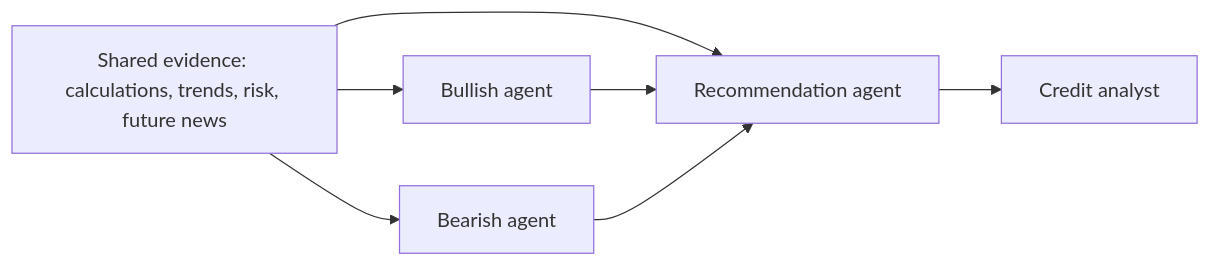
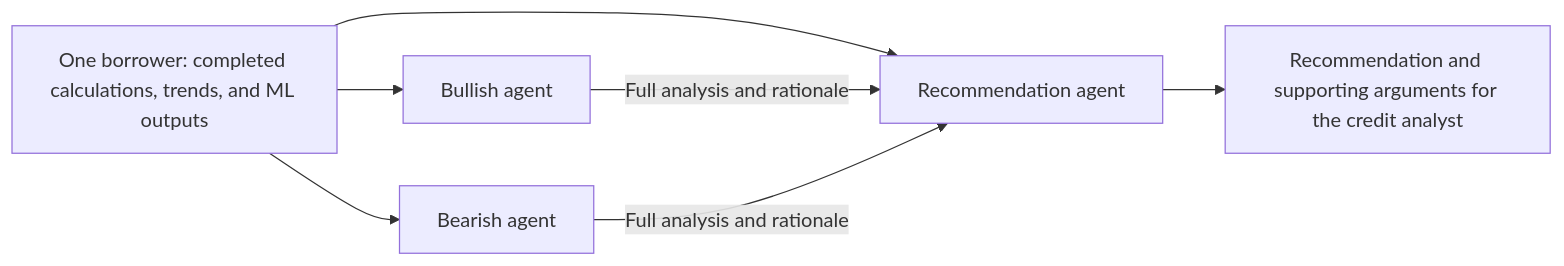
The diagram in docs/bullish_bearish_agents_implementation_plan.md (brunopiresr/capstone-ai-private-credit), drawn with Mermaid before and after one commit. The commit also changed other lines of this file and 18 other files, not shown here.

Commit message:
Add independent credit review agents and recommendation service

````diff
--- a/docs/bullish_bearish_agents_implementation_plan.md
+++ b/docs/bullish_bearish_agents_implementation_plan.md
@@ -13,10 +22,10 @@
 ```mermaid
 flowchart LR
-    E["Shared evidence: calculations, trends, risk, future news"]
+    E["One borrower: completed calculations, trends, and ML outputs"]
     E --> B["Bullish agent"]
     E --> R["Bearish agent"]
     E --> C["Recommendation agent"]
-    B --> C
-    R --> C
-    C --> A["Credit analyst"]
+    B -->|Full analysis and rationale| C
+    R -->|Full analysis and rationale| C
+    C --> A["Recommendation and supporting arguments for the credit analyst"]
 ```
````
